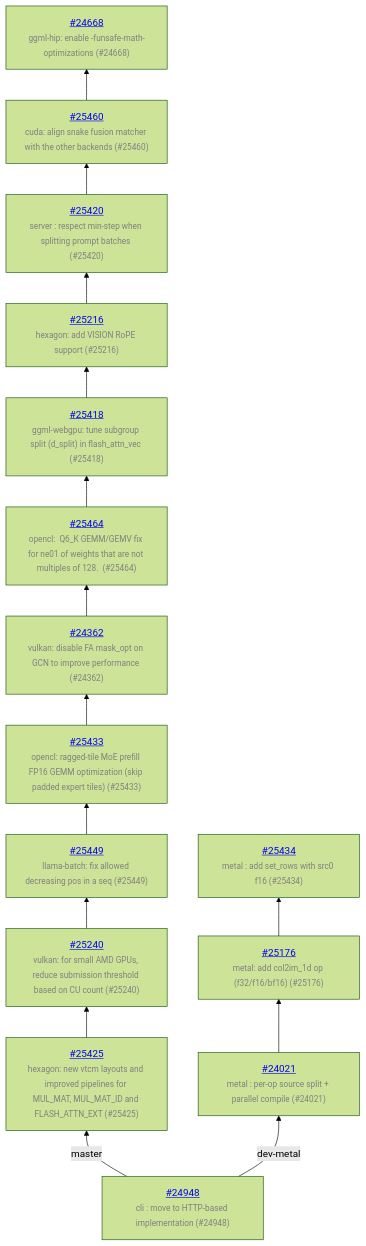
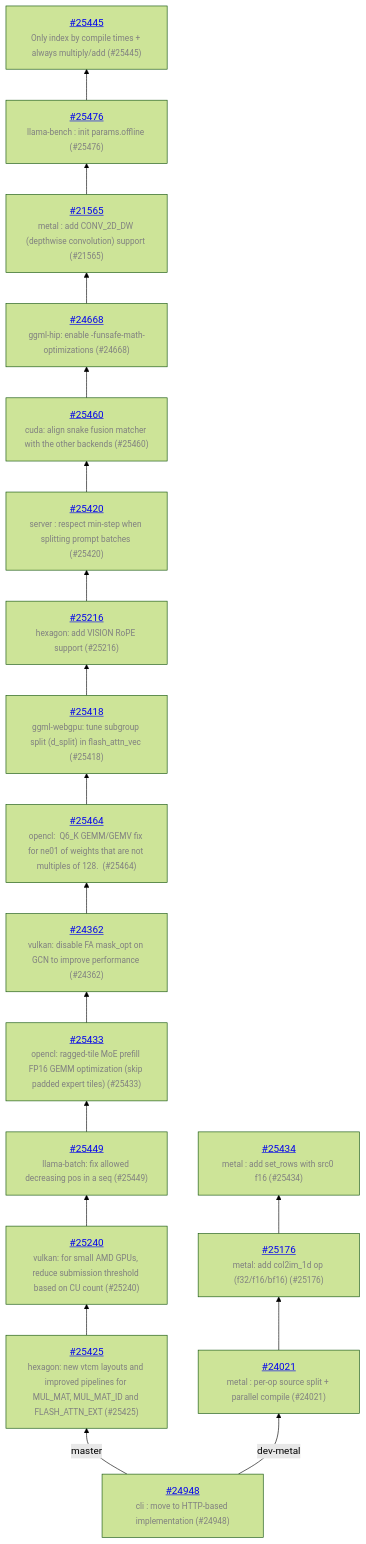
One commit to ggml-org/llama.cpp-dev changed the diagram in README.md. Above: the diagram before and after it, drawn with Mermaid (forest theme). The commit also changed other lines of this file and 1 other file, not shown here.

Commit message:
auto: update

````diff
--- a/README.md
+++ b/README.md
@@ -13,32 +13,38 @@
 ```mermaid
 graph BT
     COMMON["<a href='https://github.com/ggml-org/llama.cpp/pull/24948'>#24948</a><br/><span style='font-size:smaller;color:gray'>cli : move to HTTP-based implementation (#24948)</span>"]
     COMMON -->|master| C_81ff7ab
     C_81ff7ab["<a href='https://github.com/ggml-org/llama.cpp/pull/25425'>#25425</a><br/><span style='font-size:smaller;color:gray'>hexagon: new vtcm layouts and improved pipelines for MUL_MAT, MUL_MAT_ID and FLASH_ATTN_EXT (#25425)</span>"]
     C_81ff7ab --> C_0bbc87b
     C_0bbc87b["<a href='https://github.com/ggml-org/llama.cpp/pull/25240'>#25240</a><br/><span style='font-size:smaller;color:gray'>vulkan: for small AMD GPUs, reduce submission threshold based on CU count (#25240)</span>"]
     C_0bbc87b --> C_1ee0939
     C_1ee0939["<a href='https://github.com/ggml-org/llama.cpp/pull/25449'>#25449</a><br/><span style='font-size:smaller;color:gray'>llama-batch: fix allowed decreasing pos in a seq (#25449)</span>"]
     C_1ee0939 --> C_167d057
     C_167d057["<a href='https://github.com/ggml-org/llama.cpp/pull/25433'>#25433</a><br/><span style='font-size:smaller;color:gray'>opencl: ragged-tile MoE prefill FP16 GEMM optimization (skip padded expert tiles) (#25433)</span>"]
     C_167d057 --> C_a646006
     C_a646006["<a href='https://github.com/ggml-org/llama.cpp/pull/24362'>#24362</a><br/><span style='font-size:smaller;color:gray'>vulkan: disable FA mask_opt on GCN to improve performance (#24362)</span>"]
     C_a646006 --> C_92366df
     C_92366df["<a href='https://github.com/ggml-org/llama.cpp/pull/25464'>#25464</a><br/><span style='font-size:smaller;color:gray'>opencl:  Q6_K GEMM/GEMV fix for ne01 of weights that are not multiples of 128.  (#25464)</span>"]
     C_92366df --> C_32e41fa
     C_32e41fa["<a href='https://github.com/ggml-org/llama.cpp/pull/25418'>#25418</a><br/><span style='font-size:smaller;color:gray'>ggml-webgpu: tune subgroup split (d_split) in flash_attn_vec (#25418)</span>"]
     C_32e41fa --> C_f2d1c2f
     C_f2d1c2f["<a href='https://github.com/ggml-org/llama.cpp/pull/25216'>#25216</a><br/><span style='font-size:smaller;color:gray'>hexagon: add VISION RoPE support (#25216)</span>"]
     C_f2d1c2f --> C_64c8b7d
     C_64c8b7d["<a href='https://github.com/ggml-org/llama.cpp/pull/25420'>#25420</a><br/><span style='font-size:smaller;color:gray'>server : respect min-step when splitting prompt batches (#25420)</span>"]
     C_64c8b7d --> C_2021515
     C_2021515["<a href='https://github.com/ggml-org/llama.cpp/pull/25460'>#25460</a><br/><span style='font-size:smaller;color:gray'>cuda: align snake fusion matcher with the other backends (#25460)</span>"]
     C_2021515 --> C_ccb0c34
     C_ccb0c34["<a href='https://github.com/ggml-org/llama.cpp/pull/24668'>#24668</a><br/><span style='font-size:smaller;color:gray'>ggml-hip: enable -funsafe-math-optimizations (#24668)</span>"]
+    C_ccb0c34 --> C_92b187c
+    C_92b187c["<a href='https://github.com/ggml-org/llama.cpp/pull/21565'>#21565</a><br/><span style='font-size:smaller;color:gray'>metal : add CONV_2D_DW (depthwise convolution) support (#21565)</span>"]
+    C_92b187c --> C_259f2e2
+    C_259f2e2["<a href='https://github.com/ggml-org/llama.cpp/pull/25476'>#25476</a><br/><span style='font-size:smaller;color:gray'>llama-bench : init params.offline (#25476)</span>"]
+    C_259f2e2 --> C_683f0c7
+    C_683f0c7["<a href='https://github.com/ggml-org/llama.cpp/pull/25445'>#25445</a><br/><span style='font-size:smaller;color:gray'>Only index by compile times + always multiply/add (#25445)</span>"]
     COMMON -->|dev-metal| C_5dca9f3
     C_5dca9f3["<a href='https://github.com/ggml-org/llama.cpp/pull/24021'>#24021</a><br/><span style='font-size:smaller;color:gray'>metal : per-op source split + parallel compile (#24021)</span>"]
     C_5dca9f3 --> C_400d4bf
     C_400d4bf["<a href='https://github.com/ggml-org/llama.cpp/pull/25176'>#25176</a><br/><span style='font-size:smaller;color:gray'>metal: add col2im_1d op (f32/f16/bf16) (#25176)</span>"]
     C_400d4bf --> C_8cb1ad5
     C_8cb1ad5["<a href='https://github.com/ggml-org/llama.cpp/pull/25434'>#25434</a><br/><span style='font-size:smaller;color:gray'>metal : add set_rows with src0 f16 (#25434)</span>"]
 ```
````
